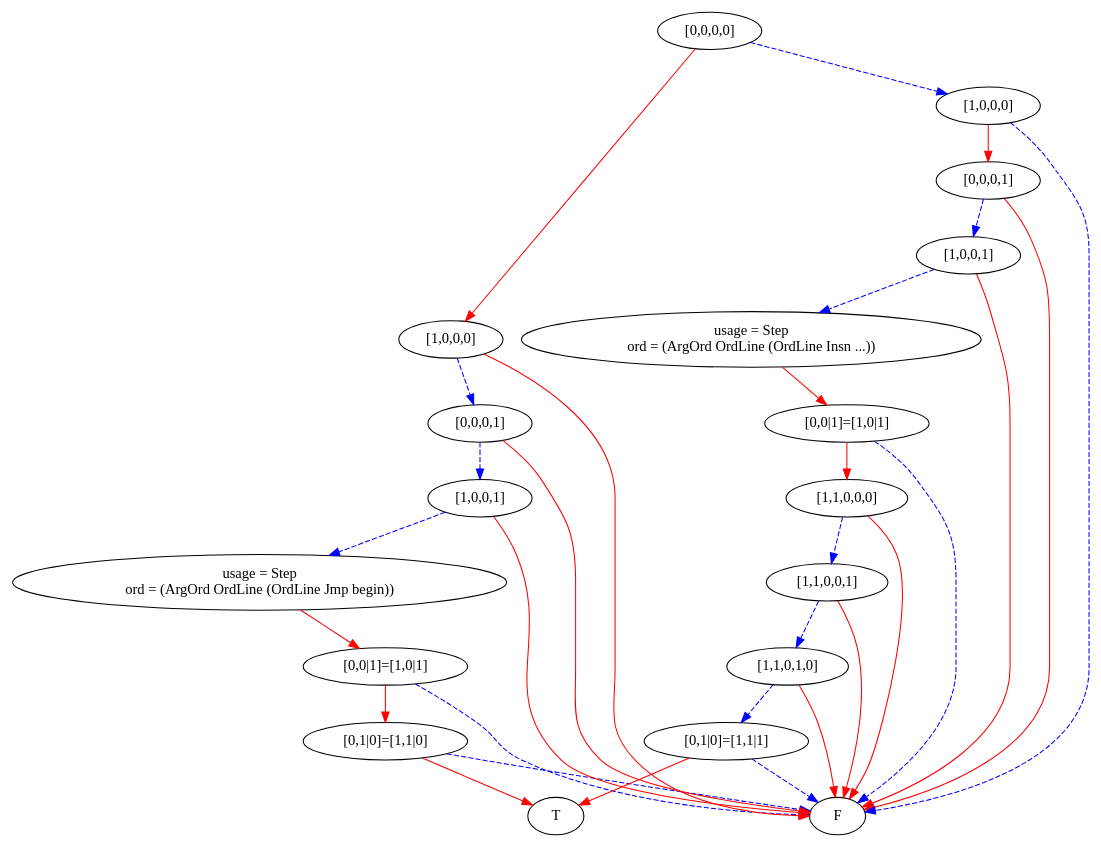
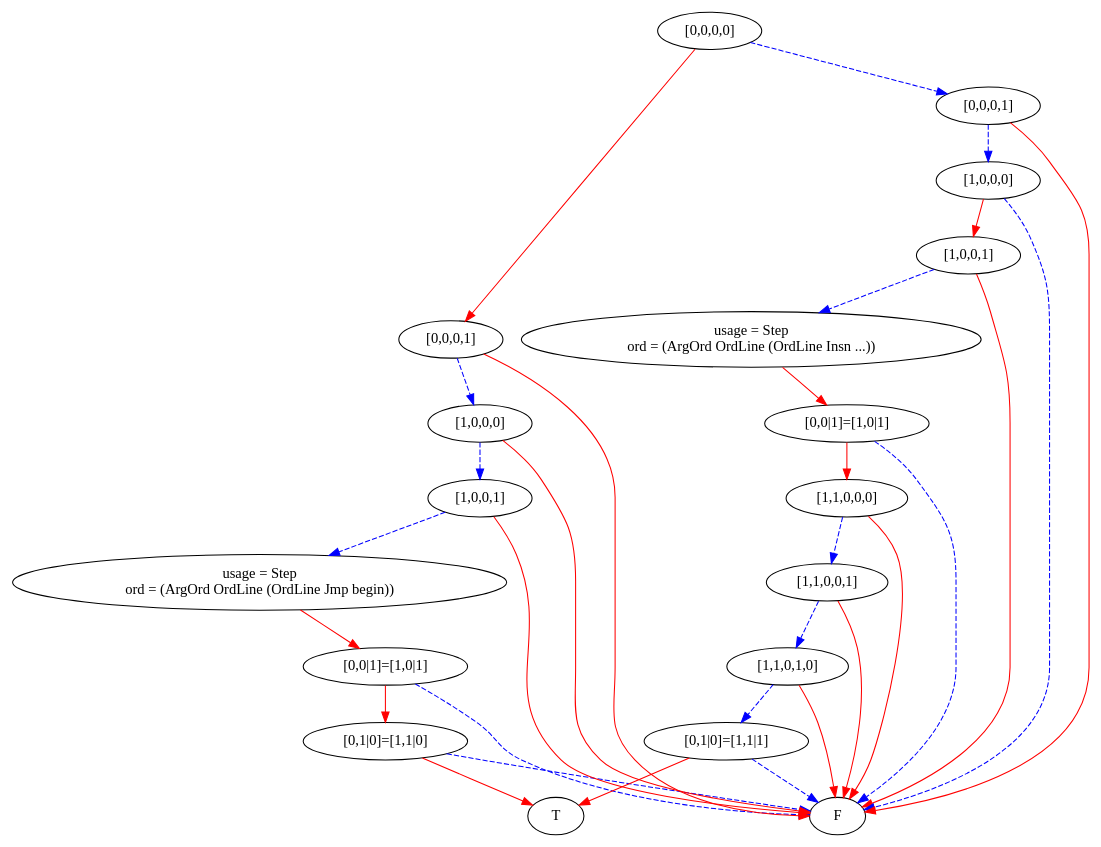
Before and after one commit to mburyakov/minxmod: the diagram in simpleProgram5b.dot, drawn with Graphviz. The commit also changed 10 other files, not shown here.

```diff
--- a/simpleProgram5b.dot
+++ b/simpleProgram5b.dot
@@ -1,64 +1,64 @@
 digraph {
     1 [label=F];
     2 [label=T];
     3 [label="[0,1|0]=[1,1|0]"];
     4 [label="[0,0|1]=[1,0|1]"];
     5 [label="usage = Step\nord = (ArgOrd OrdLine (OrdLine Jmp begin))"];
     6 [label="[1,0,0,1]"];
-    7 [label="[0,0,0,1]"];
-    8 [label="[1,0,0,0]"];
+    7 [label="[1,0,0,0]"];
+    8 [label="[0,0,0,1]"];
     9 [label="[0,1|0]=[1,1|1]"];
     10 [label="[1,1,0,1,0]"];
     11 [label="[1,1,0,0,1]"];
     12 [label="[1,1,0,0,0]"];
     13 [label="[0,0|1]=[1,0|1]"];
     14 [label="usage = Step\nord = (ArgOrd OrdLine (OrdLine Insn ...))"];
     15 [label="[1,0,0,1]"];
-    16 [label="[0,0,0,1]"];
-    17 [label="[1,0,0,0]"];
+    16 [label="[1,0,0,0]"];
+    17 [label="[0,0,0,1]"];
     18 [label="[0,0,0,0]"];
     3 -> 1 [style=dashed
            ,color=blue];
     3 -> 2 [color=red];
     4 -> 3 [color=red];
     4 -> 1 [style=dashed
            ,color=blue];
     5 -> 4 [color=red];
     6 -> 5 [style=dashed
            ,color=blue];
     6 -> 1 [color=red];
     7 -> 6 [style=dashed
            ,color=blue];
     7 -> 1 [color=red];
     8 -> 7 [style=dashed
            ,color=blue];
     8 -> 1 [color=red];
     9 -> 1 [style=dashed
            ,color=blue];
     9 -> 2 [color=red];
     10 -> 9 [style=dashed
             ,color=blue];
     10 -> 1 [color=red];
     11 -> 10 [style=dashed
              ,color=blue];
     11 -> 1 [color=red];
     12 -> 11 [style=dashed
              ,color=blue];
     12 -> 1 [color=red];
     13 -> 12 [color=red];
     13 -> 1 [style=dashed
             ,color=blue];
     14 -> 13 [color=red];
     15 -> 14 [style=dashed
              ,color=blue];
     15 -> 1 [color=red];
-    16 -> 15 [style=dashed
+    16 -> 15 [color=red];
+    16 -> 1 [style=dashed
+            ,color=blue];
+    17 -> 16 [style=dashed
              ,color=blue];
-    16 -> 1 [color=red];
-    17 -> 16 [color=red];
-    17 -> 1 [style=dashed
-            ,color=blue];
+    17 -> 1 [color=red];
     18 -> 8 [color=red];
     18 -> 17 [style=dashed
              ,color=blue];
 }
```
